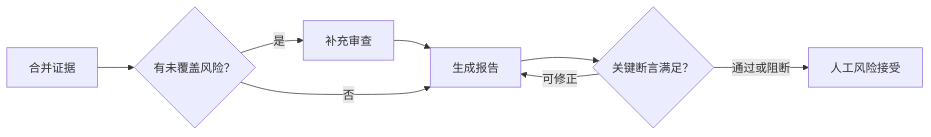
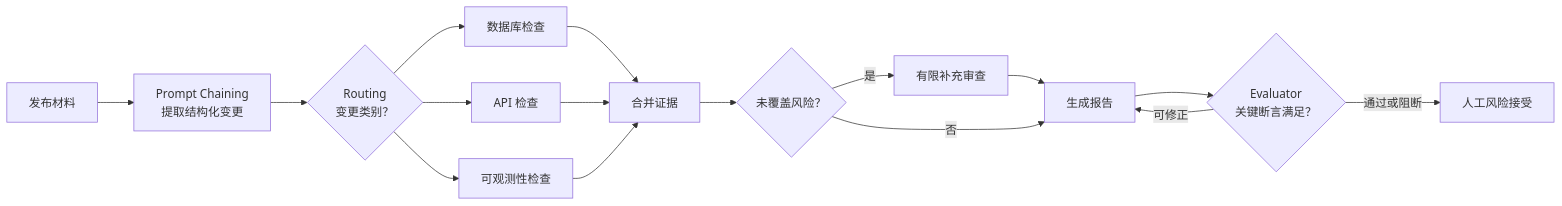
One commit to FoLaJJ/agent-systems-notes changed the fourth of 6 diagrams in docs/05-agent-loop-workflows.md. Above: the diagram before and after it, drawn with Mermaid. The commit also changed other lines of this file and 13 other files, not shown here.

Commit message:
Refine Mermaid diagram layouts

````diff
--- a/docs/05-agent-loop-workflows.md
+++ b/docs/05-agent-loop-workflows.md
@@ -206,10 +187,18 @@
 ```mermaid
 flowchart LR
-    J["合并证据"] --> K{"有未覆盖风险？"}
-    K -->|是| W["补充审查"]
+    I["发布材料"] --> C1["Prompt Chaining<br/>提取结构化变更"]
+    C1 --> R{"Routing<br/>变更类别？"}
+    R --> D["数据库检查"]
+    R --> A["API 检查"]
+    R --> O["可观测性检查"]
+    D --> J["合并证据"]
+    A --> J
+    O --> J
+    J --> K{"未覆盖风险？"}
+    K -->|是| W["有限补充审查"]
     W --> E["生成报告"]
     K -->|否| E
-    E --> V{"关键断言满足？"}
+    E --> V{"Evaluator<br/>关键断言满足？"}
     V -->|可修正| E
     V -->|通过或阻断| H["人工风险接受"]
 ```
````
